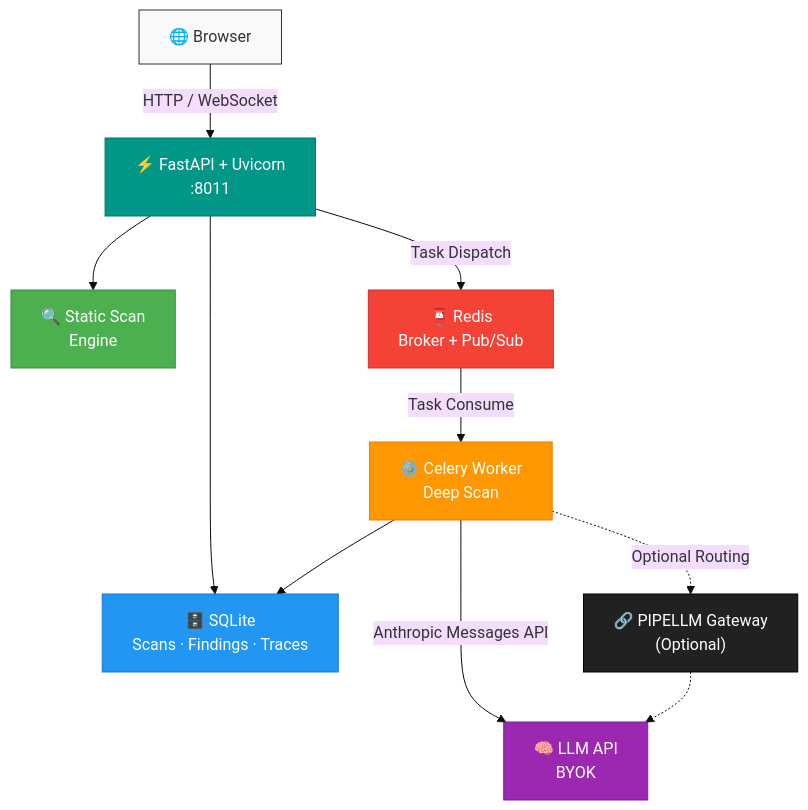
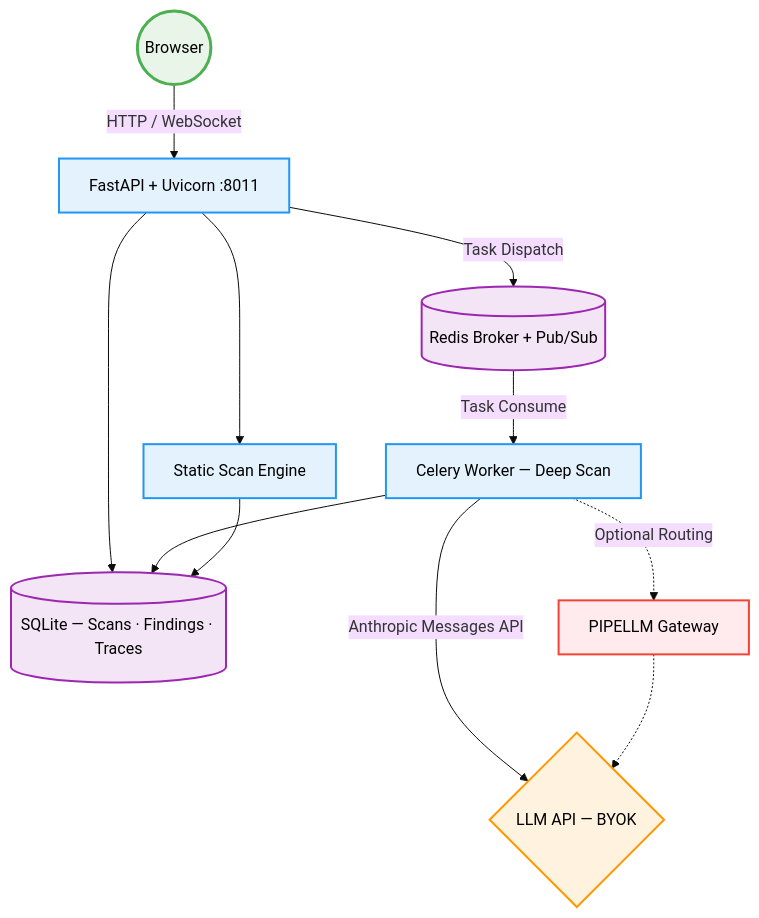
The diagram in README.md (Cydiar/skill-guard), drawn with Mermaid (base theme) before and after one commit.

Commit message:
docs: restyle Architecture Mermaid with classDef palette

````diff
--- a/README.md
+++ b/README.md
@@ -83,30 +83,26 @@
 ```mermaid
-graph TD
-    Browser["🌐 Browser"]
-    FastAPI["⚡ FastAPI + Uvicorn\n:8011"]
-    Static["🔍 Static Scan\nEngine"]
-    Redis["📮 Redis\nBroker + Pub/Sub"]
-    Celery["⚙️ Celery Worker\nDeep Scan"]
-    SQLite["🗄️ SQLite\nScans · Findings · Traces"]
-    LLM["🧠 LLM API\nBYOK"]
-    PIPELLM["🔗 PIPELLM Gateway\n(Optional)"]
-
-    Browser -->|"HTTP / WebSocket"| FastAPI
-    FastAPI --> Static
-    FastAPI -->|"Task Dispatch"| Redis
-    Redis -->|"Task Consume"| Celery
-    FastAPI --> SQLite
+flowchart TD
+    Browser((Browser)) -->|"HTTP / WebSocket"| FastAPI[FastAPI + Uvicorn :8011]
+    FastAPI --> Static[Static Scan Engine]
+    FastAPI -->|"Task Dispatch"| Redis[(Redis Broker + Pub/Sub)]
+    FastAPI --> SQLite[(SQLite — Scans · Findings · Traces)]
+    Redis -->|"Task Consume"| Celery[Celery Worker — Deep Scan]
     Celery --> SQLite
-    Celery -->|"Anthropic Messages API"| LLM
-    Celery -.->|"Optional Routing"| PIPELLM
+    Static --> SQLite
+    Celery -->|"Anthropic Messages API"| LLM{LLM API — BYOK}
+    Celery -.->|"Optional Routing"| PIPELLM[PIPELLM Gateway]
     PIPELLM -.-> LLM
 
-    style Browser fill:#f9f9f9,stroke:#333,color:#333
-    style FastAPI fill:#009688,stroke:#00796b,color:#fff
-    style Static fill:#4caf50,stroke:#388e3c,color:#fff
-    style Redis fill:#f44336,stroke:#d32f2f,color:#fff
-    style Celery fill:#ff9800,stroke:#f57c00,color:#fff
-    style SQLite fill:#2196f3,stroke:#1976d2,color:#fff
-    style LLM fill:#9c27b0,stroke:#7b1fa2,color:#fff
-    style PIPELLM fill:#212121,stroke:#000,color:#fff
+classDef startEndStyle fill:#e8f5e8,stroke:#4caf50,stroke-width:3px,color:#000
+classDef processStyle fill:#e3f2fd,stroke:#2196f3,stroke-width:2px,color:#000
+classDef decisionStyle fill:#fff3e0,stroke:#ff9800,stroke-width:2px,color:#000
+classDef dataStyle fill:#f3e5f5,stroke:#9c27b0,stroke-width:2px,color:#000
+classDef outputStyle fill:#fce4ec,stroke:#e91e63,stroke-width:2px,color:#000
+classDef errorStyle fill:#ffebee,stroke:#f44336,stroke-width:2px,color:#000
+
+class Browser startEndStyle
+class FastAPI,Static,Celery processStyle
+class LLM decisionStyle
+class Redis,SQLite dataStyle
+class PIPELLM errorStyle
 ```
````
